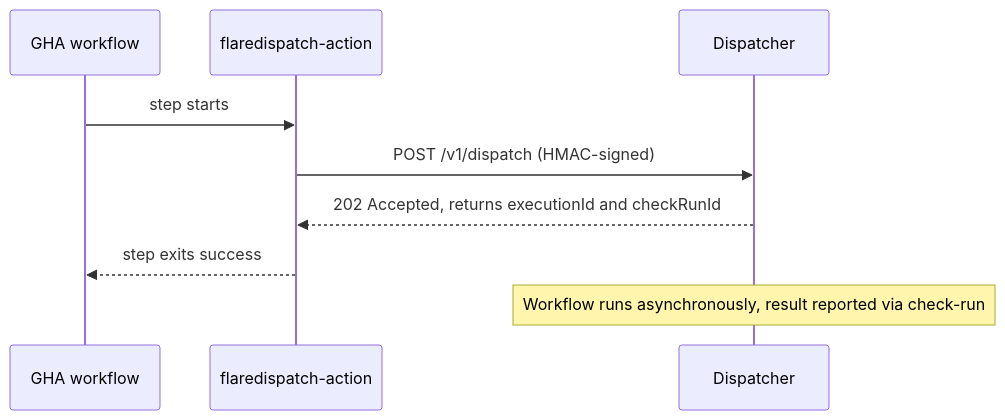
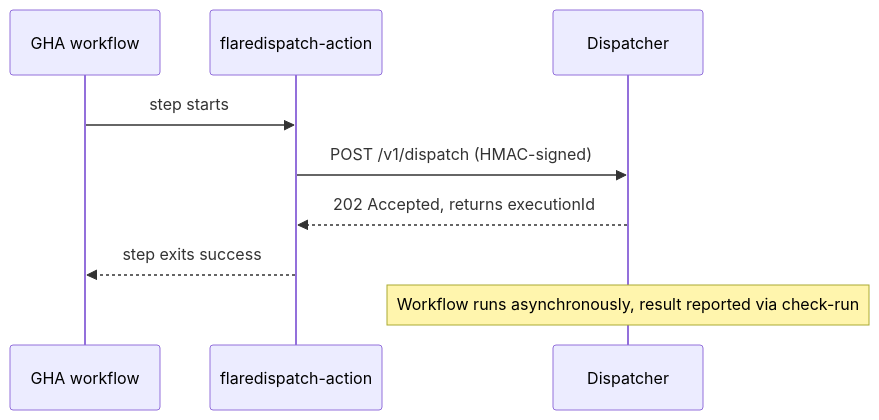
The first of 2 diagrams in specs/04-gha-integration.md (OpenHackersClub/flare-dispatch), drawn with Mermaid before and after one commit. The commit also changed other lines of this file and 7 other files, not shown here.

````diff
--- a/specs/04-gha-integration.md
+++ b/specs/04-gha-integration.md
@@ -91,11 +91,11 @@
 ```mermaid
 sequenceDiagram
   participant GHA as GHA workflow
   participant ACT as flaredispatch-action
   participant DSP as Dispatcher
   GHA->>ACT: step starts
   ACT->>DSP: POST /v1/dispatch (HMAC-signed)
-  DSP-->>ACT: 202 Accepted, returns executionId and checkRunId
+  DSP-->>ACT: 202 Accepted, returns executionId
   ACT-->>GHA: step exits success
   Note over DSP: Workflow runs asynchronously, result reported via check-run
 ```
````
